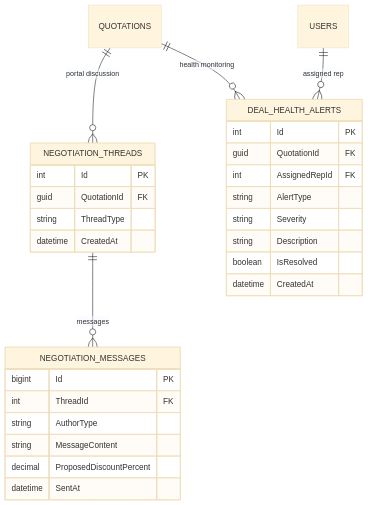
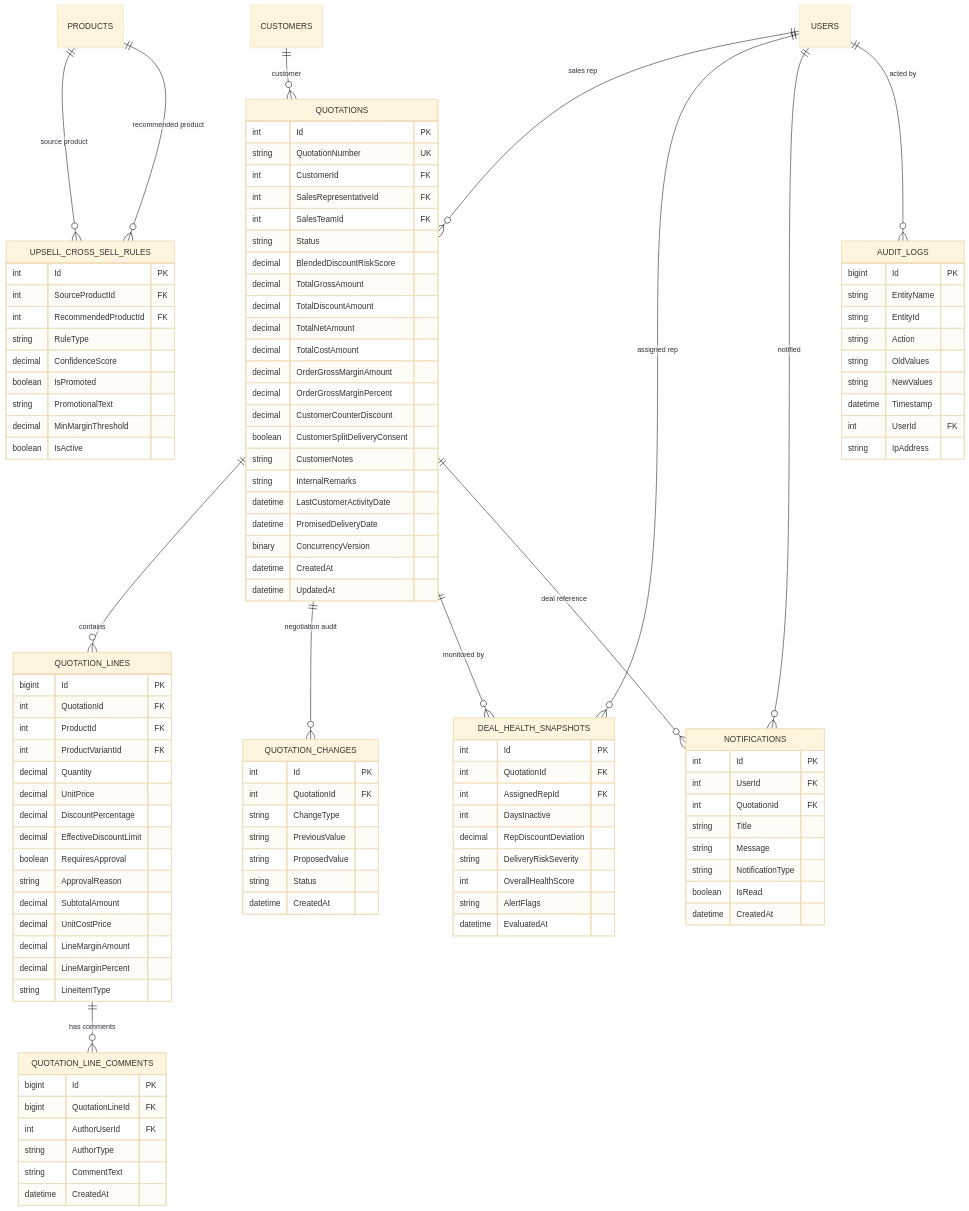
The seventh of 8 diagrams in docs/database/DEALFLOW360_ERD.md (aniruddh209/Odoo-Heckathon-Gandhinagar), drawn with Mermaid (base theme) before and after one commit. The commit also changed other lines of this file and 3 other files, not shown here.

Commit message:
docs(database): integrate validated 41-entity relational schema into Master PRD and database blueprint

````diff
--- a/docs/database/DEALFLOW360_ERD.md
+++ b/docs/database/DEALFLOW360_ERD.md
@@ -296,34 +467,124 @@
 ```mermaid
 erDiagram
-    QUOTATIONS ||--o{ NEGOTIATION_THREADS : "portal discussion"
-    NEGOTIATION_THREADS ||--o{ NEGOTIATION_MESSAGES : "messages"
-    QUOTATIONS ||--o{ DEAL_HEALTH_ALERTS : "health monitoring"
-    USERS ||--o{ DEAL_HEALTH_ALERTS : "assigned rep"
+    PRODUCTS ||--o{ UPSELL_CROSS_SELL_RULES : "source product"
+    PRODUCTS ||--o{ UPSELL_CROSS_SELL_RULES : "recommended product"
+    CUSTOMERS ||--o{ QUOTATIONS : "customer"
+    USERS ||--o{ QUOTATIONS : "sales rep"
+    QUOTATIONS ||--o{ QUOTATION_LINES : "contains"
+    QUOTATION_LINES ||--o{ QUOTATION_LINE_COMMENTS : "has comments"
+    QUOTATIONS ||--o{ QUOTATION_CHANGES : "negotiation audit"
+    QUOTATIONS ||--o{ DEAL_HEALTH_SNAPSHOTS : "monitored by"
+    USERS ||--o{ DEAL_HEALTH_SNAPSHOTS : "assigned rep"
+    USERS ||--o{ NOTIFICATIONS : "notified"
+    QUOTATIONS ||--o{ NOTIFICATIONS : "deal reference"
+    USERS ||--o{ AUDIT_LOGS : "acted by"
 
-    NEGOTIATION_THREADS {
+    UPSELL_CROSS_SELL_RULES {
         int Id PK
-        guid QuotationId FK
-        string ThreadType
+        int SourceProductId FK
+        int RecommendedProductId FK
+        string RuleType
+        decimal ConfidenceScore
+        boolean IsPromoted
+        string PromotionalText
+        decimal MinMarginThreshold
+        boolean IsActive
+    }
+
+    QUOTATIONS {
+        int Id PK
+        string QuotationNumber UK
+        int CustomerId FK
+        int SalesRepresentativeId FK
+        int SalesTeamId FK
+        string Status
+        decimal BlendedDiscountRiskScore
+        decimal TotalGrossAmount
+        decimal TotalDiscountAmount
+        decimal TotalNetAmount
+        decimal TotalCostAmount
+        decimal OrderGrossMarginAmount
+        decimal OrderGrossMarginPercent
+        decimal CustomerCounterDiscount
+        boolean CustomerSplitDeliveryConsent
+        string CustomerNotes
+        string InternalRemarks
+        datetime LastCustomerActivityDate
+        datetime PromisedDeliveryDate
+        binary ConcurrencyVersion
+        datetime CreatedAt
+        datetime UpdatedAt
+    }
+
+    QUOTATION_LINES {
+        bigint Id PK
+        int QuotationId FK
+        int ProductId FK
+        int ProductVariantId FK
+        decimal Quantity
+        decimal UnitPrice
+        decimal DiscountPercentage
+        decimal EffectiveDiscountLimit
+        boolean RequiresApproval
+        string ApprovalReason
+        decimal SubtotalAmount
+        decimal UnitCostPrice
+        decimal LineMarginAmount
+        decimal LineMarginPercent
+        string LineItemType
+    }
+
+    QUOTATION_LINE_COMMENTS {
+        bigint Id PK
+        bigint QuotationLineId FK
+        int AuthorUserId FK
+        string AuthorType
+        string CommentText
         datetime CreatedAt
     }
 
-    NEGOTIATION_MESSAGES {
-        bigint Id PK
-        int ThreadId FK
-        string AuthorType
-        string MessageContent
-        decimal ProposedDiscountPercent
-        datetime SentAt
+    QUOTATION_CHANGES {
+        int Id PK
+        int QuotationId FK
+        string ChangeType
+        string PreviousValue
+        string ProposedValue
+        string Status
+        datetime CreatedAt
     }
 
-    DEAL_HEALTH_ALERTS {
+    DEAL_HEALTH_SNAPSHOTS {
         int Id PK
-        guid QuotationId FK
+        int QuotationId FK
         int AssignedRepId FK
-        string AlertType
-        string Severity
-        string Description
-        boolean IsResolved
+        int DaysInactive
+        decimal RepDiscountDeviation
+        string DeliveryRiskSeverity
+        int OverallHealthScore
+        string AlertFlags
+        datetime EvaluatedAt
+    }
+
+    NOTIFICATIONS {
+        int Id PK
+        int UserId FK
+        int QuotationId FK
+        string Title
+        string Message
+        string NotificationType
+        boolean IsRead
         datetime CreatedAt
     }
+
+    AUDIT_LOGS {
+        bigint Id PK
+        string EntityName
+        string EntityId
+        string Action
+        string OldValues
+        string NewValues
+        datetime Timestamp
+        int UserId FK
+        string IpAddress
+    }
 ```
````
